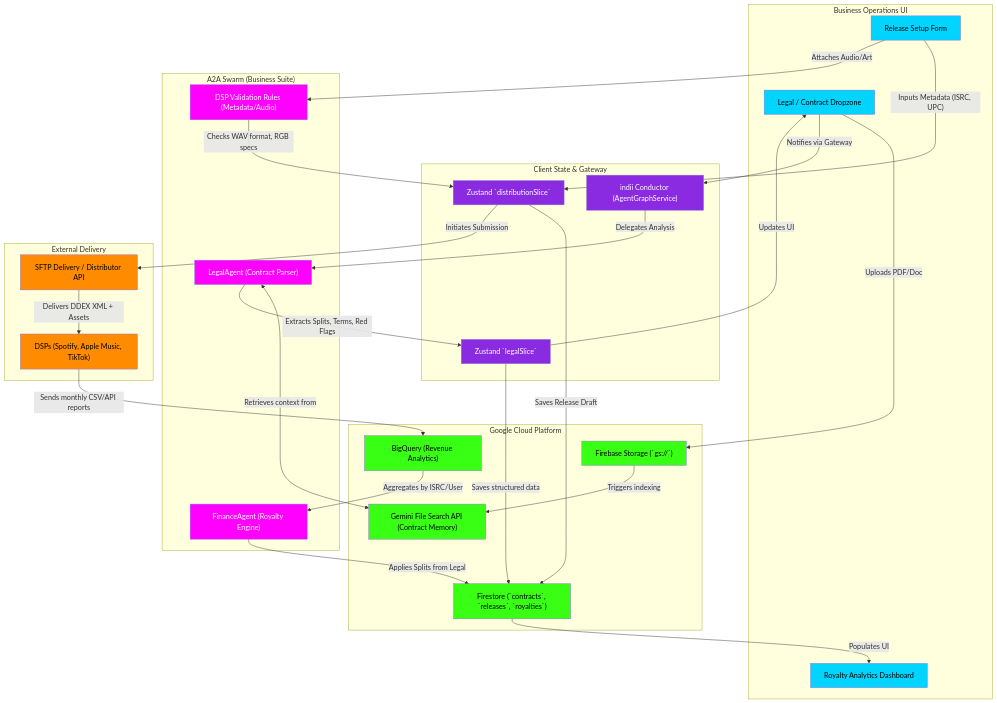
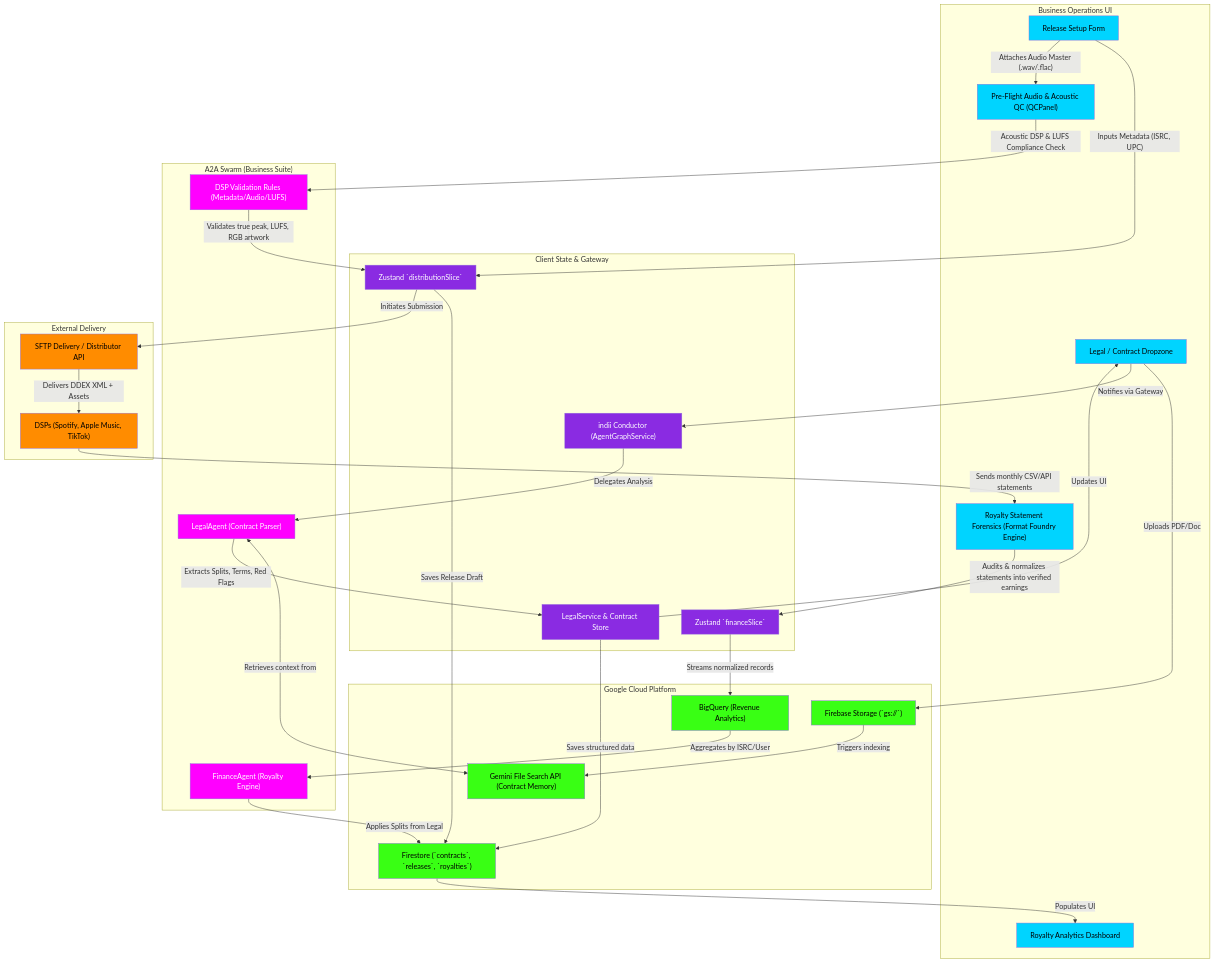
One commit to indii-music-founder/indii-music-founder changed the diagram in docs/flowcharts/distribution-and-legal-flow.md. Above: the diagram before and after it, drawn with Mermaid. The commit also changed other lines of this file and 40 other files, not shown here.

```diff
--- a/docs/flowcharts/distribution-and-legal-flow.md
+++ b/docs/flowcharts/distribution-and-legal-flow.md
@@ -8,13 +8,16 @@
     subgraph UI ["Business Operations UI"]
         ContractUploader["Legal / Contract Dropzone"]
         DistributionForm["Release Setup Form"]
+        PreFlightQC["Pre-Flight Audio & Acoustic QC (QCPanel)"]
+        StatementForensics["Royalty Statement Forensics (Format Foundry Engine)"]
         RoyaltyDash["Royalty Analytics Dashboard"]
     end
 
     %% State & Orchestration
     subgraph State ["Client State & Gateway"]
-        LegalSlice["Zustand `legalSlice`"]
+        LegalService["LegalService & Contract Store"]
         DistSlice["Zustand `distributionSlice`"]
+        FinanceSlice["Zustand `financeSlice`"]
         AgentGateway["indii Conductor (AgentGraphService)"]
     end
 
@@ -22,7 +25,7 @@
     subgraph Agents ["A2A Swarm (Business Suite)"]
         LegalAgent["LegalAgent (Contract Parser)"]
         FinanceAgent["FinanceAgent (Royalty Engine)"]
-        ValidationEngine["DSP Validation Rules (Metadata/Audio)"]
+        ValidationEngine["DSP Validation Rules (Metadata/Audio/LUFS)"]
     end
 
     %% Cloud Storage & Database
@@ -46,21 +49,24 @@
     AgentGateway -->|"Delegates Analysis"| LegalAgent
     
     LegalAgent <-->|"Retrieves context from"| FileSearch
-    LegalAgent -->|"Extracts Splits, Terms, Red Flags"| LegalSlice
-    LegalSlice -->|"Saves structured data"| Firestore
-    LegalSlice -->|"Updates UI"| ContractUploader
+    LegalAgent -->|"Extracts Splits, Terms, Red Flags"| LegalService
+    LegalService -->|"Saves structured data"| Firestore
+    LegalService -->|"Updates UI"| ContractUploader
 
     %% Distribution Flow
     DistributionForm -->|"Inputs Metadata (ISRC, UPC)"| DistSlice
-    DistributionForm -->|"Attaches Audio/Art"| ValidationEngine
-    ValidationEngine -->|"Checks WAV format, RGB specs"| DistSlice
+    DistributionForm -->|"Attaches Audio Master (.wav/.flac)"| PreFlightQC
+    PreFlightQC -->|"Acoustic DSP & LUFS Compliance Check"| ValidationEngine
+    ValidationEngine -->|"Validates true peak, LUFS, RGB artwork"| DistSlice
     
     DistSlice -->|"Saves Release Draft"| Firestore
     DistSlice -->|"Initiates Submission"| SFTP
     SFTP -->|"Delivers DDEX XML + Assets"| DSPs
 
     %% Royalty Flow
-    DSPs -->|"Sends monthly CSV/API reports"| BigQuery
+    DSPs -->|"Sends monthly CSV/API statements"| StatementForensics
+    StatementForensics -->|"Audits & normalizes statements into verified earnings"| FinanceSlice
+    FinanceSlice -->|"Streams normalized records"| BigQuery
     BigQuery -->|"Aggregates by ISRC/User"| FinanceAgent
     FinanceAgent -->|"Applies Splits from Legal"| Firestore
     Firestore -->|"Populates UI"| RoyaltyDash
@@ -68,10 +74,13 @@
     %% Styling
     style ContractUploader fill:#00D4FF,color:#000
     style DistributionForm fill:#00D4FF,color:#000
+    style PreFlightQC fill:#00D4FF,color:#000
+    style StatementForensics fill:#00D4FF,color:#000
     style RoyaltyDash fill:#00D4FF,color:#000
 
-    style LegalSlice fill:#8A2BE2,color:#FFF
+    style LegalService fill:#8A2BE2,color:#FFF
     style DistSlice fill:#8A2BE2,color:#FFF
+    style FinanceSlice fill:#8A2BE2,color:#FFF
     style AgentGateway fill:#8A2BE2,color:#FFF
 
     style LegalAgent fill:#FF00FF,color:#FFF
```
